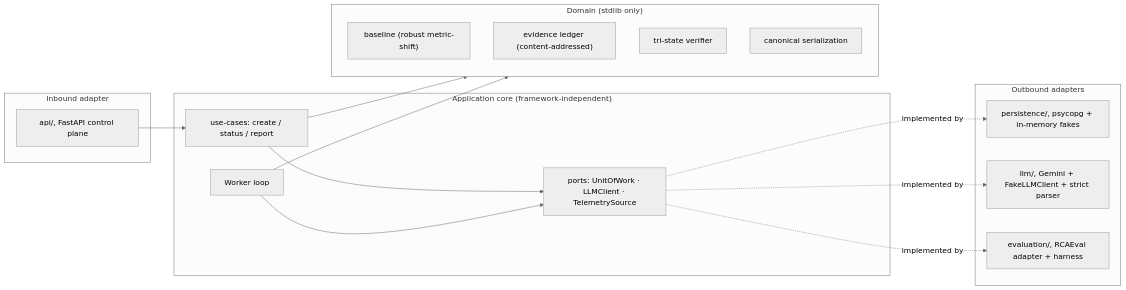
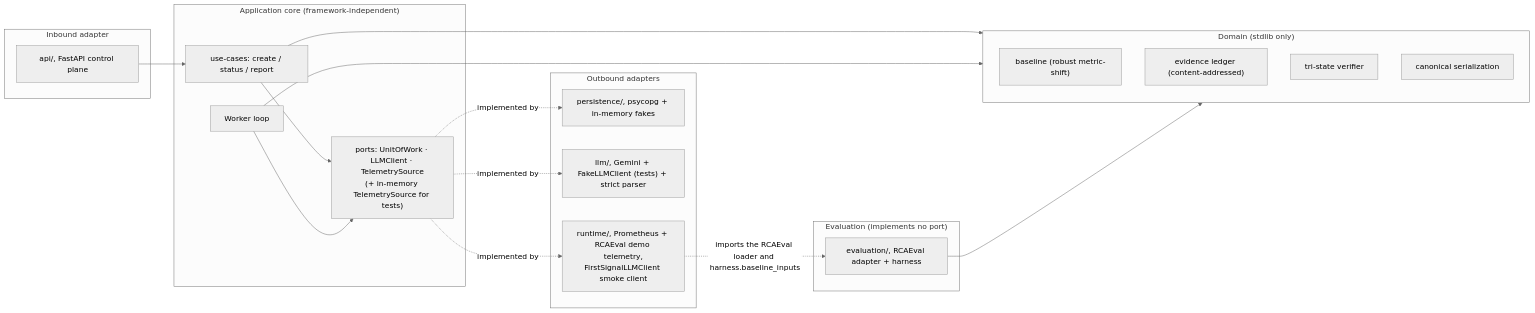
One commit to AswaniSahoo/Incident-evidence-compiler changed the first of 2 diagrams in docs/architecture/overview.md. Above: the diagram before and after it, drawn with Mermaid (neutral theme). The commit also changed other lines of this file and 21 other files, not shown here.

Commit message:
docs: correct drifted claims across the readme, project context, architecture and dataset docs, add dated status notes to the adrs, and list known gaps (#6)

````diff
--- a/docs/architecture/overview.md
+++ b/docs/architecture/overview.md
@@ -15,31 +18,36 @@
 ```mermaid
 flowchart LR
     subgraph edge["Inbound adapter"]
         API["api/, FastAPI control plane"]
     end
     subgraph app["Application core (framework-independent)"]
         UC["use-cases: create / status / report"]
         WK["Worker loop"]
-        PORTS["ports: UnitOfWork · LLMClient · TelemetrySource"]
+        PORTS["ports: UnitOfWork · LLMClient · TelemetrySource<br/>(+ in-memory TelemetrySource for tests)"]
     end
     subgraph domain["Domain (stdlib only)"]
         BASE["baseline (robust metric-shift)"]
         LEDG["evidence ledger (content-addressed)"]
         VER["tri-state verifier"]
         SER["canonical serialization"]
     end
     subgraph infra["Outbound adapters"]
         PG["persistence/, psycopg + in-memory fakes"]
-        GEM["llm/, Gemini + FakeLLMClient + strict parser"]
+        GEM["llm/, Gemini + FakeLLMClient (tests) + strict parser"]
+        RT["runtime/, Prometheus + RCAEval demo telemetry,<br/>FirstSignalLLMClient smoke client"]
+    end
+    subgraph evaluation["Evaluation (implements no port)"]
         RCA["evaluation/, RCAEval adapter + harness"]
     end
 
     API --> UC
     UC --> PORTS
     WK --> PORTS
     UC --> domain
     WK --> domain
     PORTS -. implemented by .-> PG
     PORTS -. implemented by .-> GEM
-    PORTS -. implemented by .-> RCA
+    PORTS -. implemented by .-> RT
+    RT -.->|"imports the RCAEval loader and harness.baseline_inputs"| RCA
+    RCA --> domain
 ```
````
